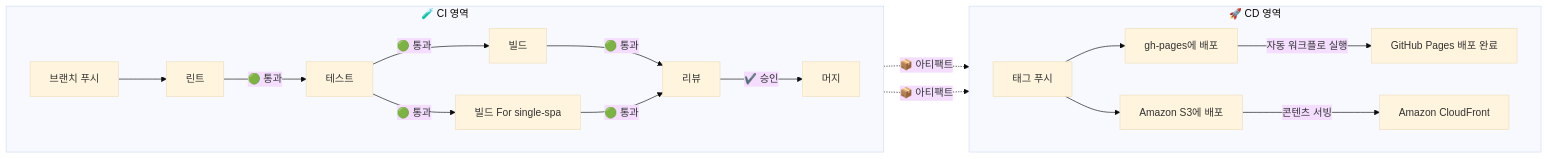
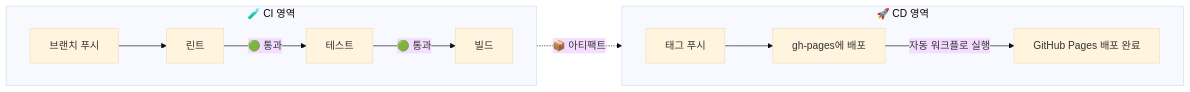
One commit to NarciSource/Chat-Socket.IO changed the second of 2 diagrams in README.md. Above: the diagram before and after it, drawn with Mermaid (base theme). The commit also changed other lines of this file, not shown here.

````diff
--- a/README.md
+++ b/README.md
@@ -137,25 +111,23 @@
 ```mermaid
 graph LR
     subgraph CD[🚀 CD 영역]
         direction LR
         Tag[태그 푸시]
         Tag --> DeployGH[gh-pages에 배포] --> |자동 워크플로 실행|pages-build-deployment[GitHub Pages 배포 완료]
-        Tag --> DeployAWS[Amazon S3에 배포] --> |콘텐츠 서빙|CloudFront[Amazon CloudFront]
     end
 
-    Build & Build_Single_SPA -.-> |📦 아티팩트|Tag
+    Build -.-> |📦 아티팩트|Tag
 
     subgraph CI[🧪 CI 영역]
         direction LR
         Push[브랜치 푸시] --> Lint[린트] --> |🟢 통과|Test[테스트]
-        Test --> |🟢 통과|Build[빌드] & Build_Single_SPA[빌드 For single-spa] --> |🟢 통과|Review[리뷰]
-        Review -->|✔️ 승인|Merge[머지]
+        Test --> |🟢 통과|Build[빌드]
     end
 
-    click Build "https://github.com/Daily1Hour/PickMe-Chat-Application/actions/workflows/vite-build.yml"
-    click Build_Single_SPA "https://github.com/Daily1Hour/PickMe-Chat-Application/actions/workflows/vite-build.yml"
-    click Review "https://github.com/Daily1Hour/PickMe-Chat-Application/actions/workflows/auto-assign.yml"
-    click DeployGH "https://github.com/Daily1Hour/PickMe-Chat-Application/actions/workflows/deploy-gh-pages.yml"
-    click pages-build-deployment "https://github.com/Daily1Hour/PickMe-Chat-Application/actions/workflows/pages/pages-build-deployment"
-    click DeployAWS "https://github.com/Daily1Hour/PickMe-Chat-Application/actions/workflows/deploy-aws-s3.yml"
+    click Build "https://github.com/NarciSource/Chat-Service--Frontend/actions/workflows/vite-build.yml"
+    click Build_Single_SPA "https://github.com/NarciSource/Chat-Service--Frontend/actions/workflows/vite-build.yml"
+    click Review "https://github.com/NarciSource/Chat-Service--Frontend/actions/workflows/auto-assign.yml"
+    click DeployGH "https://github.com/NarciSource/Chat-Service--Frontend/actions/workflows/deploy-gh-pages.yml"
+    click pages-build-deployment "https://github.com/NarciSource/Chat-Service--Frontend/actions/workflows/pages/pages-build-deployment"
+    click DeployAWS "https://github.com/NarciSource/Chat-Service--Frontend/actions/workflows/deploy-aws-s3.yml"
 ```
````
